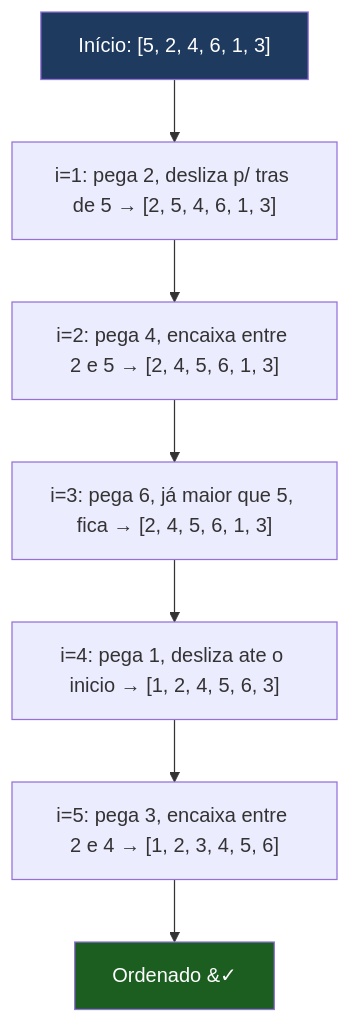
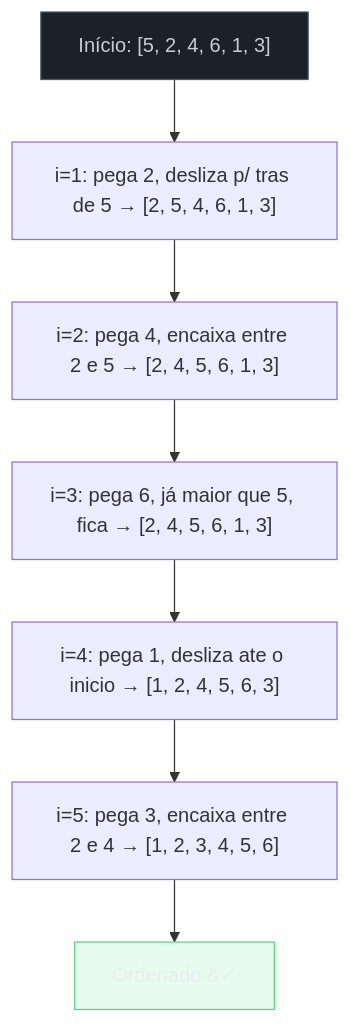
The second of 6 diagrams in 03-Dominios/Ciência/Algoritmos/07 - Ordenação.md (josenaldo/codex-technomanticus), drawn with Mermaid before and after one commit. The commit also changed other lines of this file and 1181 other files, not shown here.

First line of the commit message:
fix(diagramas): paleta do sistema no lugar de cor cravada no markdown

````diff
--- a/03-Dominios/Ciência/Algoritmos/07 - Ordenação.md
+++ b/03-Dominios/Ciência/Algoritmos/07 - Ordenação.md
@@ -148,13 +150,15 @@
 ```mermaid
 flowchart TB
+    classDef neutro fill:#1B2029,stroke:#4E5666,color:#C6CCD8
+    classDef ok fill:#4ADE8021,stroke:#4ADE80,color:#E9ECF2
     P0["Início: [5, 2, 4, 6, 1, 3]"] --> P1
     P1["i=1: pega 2, desliza p/ tras de 5 &rarr; [2, 5, 4, 6, 1, 3]"] --> P2
     P2["i=2: pega 4, encaixa entre 2 e 5 &rarr; [2, 4, 5, 6, 1, 3]"] --> P3
     P3["i=3: pega 6, já maior que 5, fica &rarr; [2, 4, 5, 6, 1, 3]"] --> P4
     P4["i=4: pega 1, desliza ate o inicio &rarr; [1, 2, 4, 5, 6, 3]"] --> P5
     P5["i=5: pega 3, encaixa entre 2 e 4 &rarr; [1, 2, 3, 4, 5, 6]"] --> P6
     P6["Ordenado &#10003;"]
 
-    style P0 fill:#1e3a5f,color:#fff
-    style P6 fill:#1b5e20,color:#fff
+    class P0 neutro
+    class P6 ok
 ```
````
